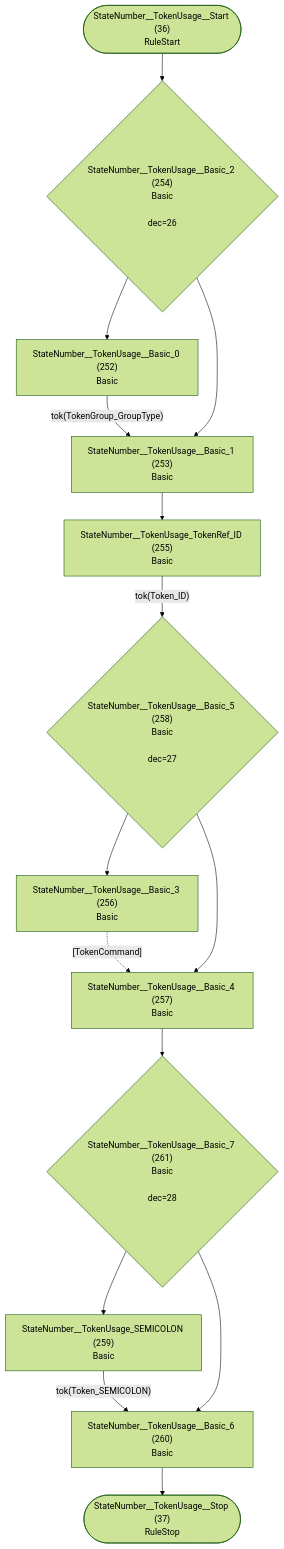
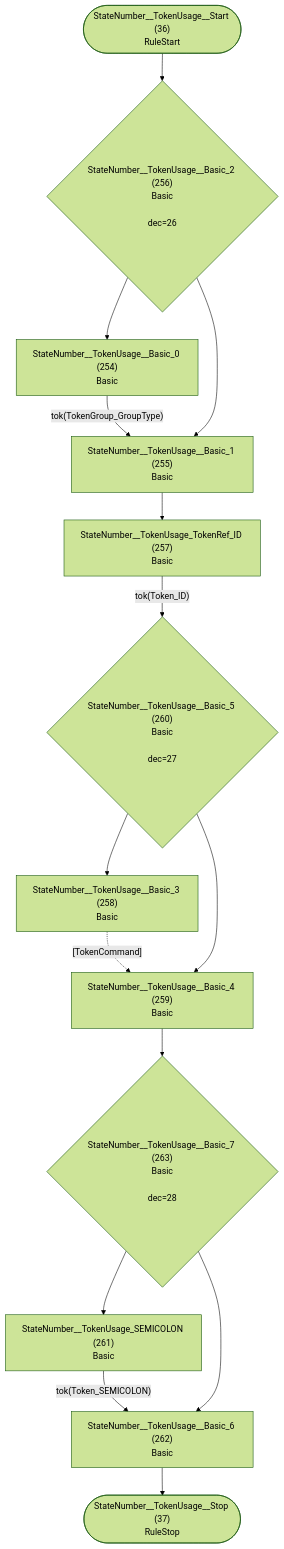
Diagram 19 of 36 in internal/grammar/atn.md (TypeFox/fastbelt), drawn with Mermaid (forest theme) before and after one commit. The commit also changed other lines of this file and 11 other files, not shown here.

````diff
--- a/internal/grammar/atn.md
+++ b/internal/grammar/atn.md
@@ -582,30 +586,30 @@
 ```mermaid
 flowchart TD
     q36(["StateNumber__TokenUsage__Start (36)<br/>RuleStart"])
     q37(["StateNumber__TokenUsage__Stop (37)<br/>RuleStop"])
-    q252["StateNumber__TokenUsage__Basic_0 (252)<br/>Basic<br/>"]
-    q253["StateNumber__TokenUsage__Basic_1 (253)<br/>Basic<br/>"]
-    q254{"StateNumber__TokenUsage__Basic_2 (254)<br/>Basic<br/><br/>dec=26"}
-    q255["StateNumber__TokenUsage_TokenRef_ID (255)<br/>Basic<br/>"]
-    q256["StateNumber__TokenUsage__Basic_3 (256)<br/>Basic<br/>"]
-    q257["StateNumber__TokenUsage__Basic_4 (257)<br/>Basic<br/>"]
-    q258{"StateNumber__TokenUsage__Basic_5 (258)<br/>Basic<br/><br/>dec=27"}
-    q259["StateNumber__TokenUsage_SEMICOLON (259)<br/>Basic<br/>"]
-    q260["StateNumber__TokenUsage__Basic_6 (260)<br/>Basic<br/>"]
-    q261{"StateNumber__TokenUsage__Basic_7 (261)<br/>Basic<br/><br/>dec=28"}
+    q254["StateNumber__TokenUsage__Basic_0 (254)<br/>Basic<br/>"]
+    q255["StateNumber__TokenUsage__Basic_1 (255)<br/>Basic<br/>"]
+    q256{"StateNumber__TokenUsage__Basic_2 (256)<br/>Basic<br/><br/>dec=26"}
+    q257["StateNumber__TokenUsage_TokenRef_ID (257)<br/>Basic<br/>"]
+    q258["StateNumber__TokenUsage__Basic_3 (258)<br/>Basic<br/>"]
+    q259["StateNumber__TokenUsage__Basic_4 (259)<br/>Basic<br/>"]
+    q260{"StateNumber__TokenUsage__Basic_5 (260)<br/>Basic<br/><br/>dec=27"}
+    q261["StateNumber__TokenUsage_SEMICOLON (261)<br/>Basic<br/>"]
+    q262["StateNumber__TokenUsage__Basic_6 (262)<br/>Basic<br/>"]
+    q263{"StateNumber__TokenUsage__Basic_7 (263)<br/>Basic<br/><br/>dec=28"}
 
-    q36 --> q254
-    q252 -->|"tok(TokenGroup_GroupType)"| q253
-    q253 --> q255
-    q254 --> q252
-    q254 --> q253
-    q255 -->|"tok(Token_ID)"| q258
-    q256 -.->|"[TokenCommand]"| q257
-    q257 --> q261
-    q258 --> q256
-    q258 --> q257
-    q259 -->|"tok(Token_SEMICOLON)"| q260
-    q260 --> q37
-    q261 --> q259
-    q261 --> q260
+    q36 --> q256
+    q254 -->|"tok(TokenGroup_GroupType)"| q255
+    q255 --> q257
+    q256 --> q254
+    q256 --> q255
+    q257 -->|"tok(Token_ID)"| q260
+    q258 -.->|"[TokenCommand]"| q259
+    q259 --> q263
+    q260 --> q258
+    q260 --> q259
+    q261 -->|"tok(Token_SEMICOLON)"| q262
+    q262 --> q37
+    q263 --> q261
+    q263 --> q262
 ```
````
